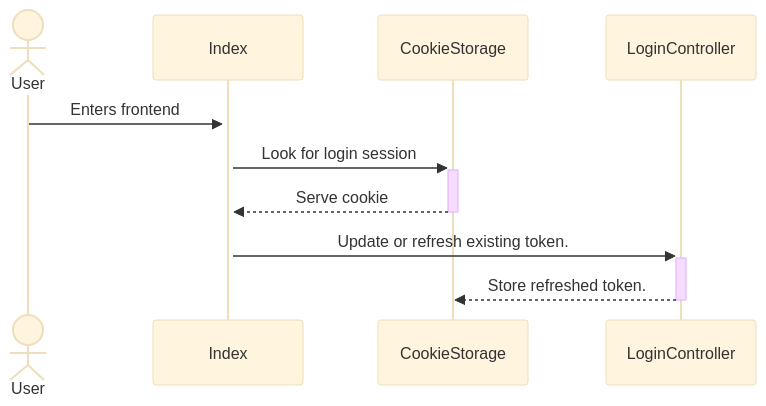
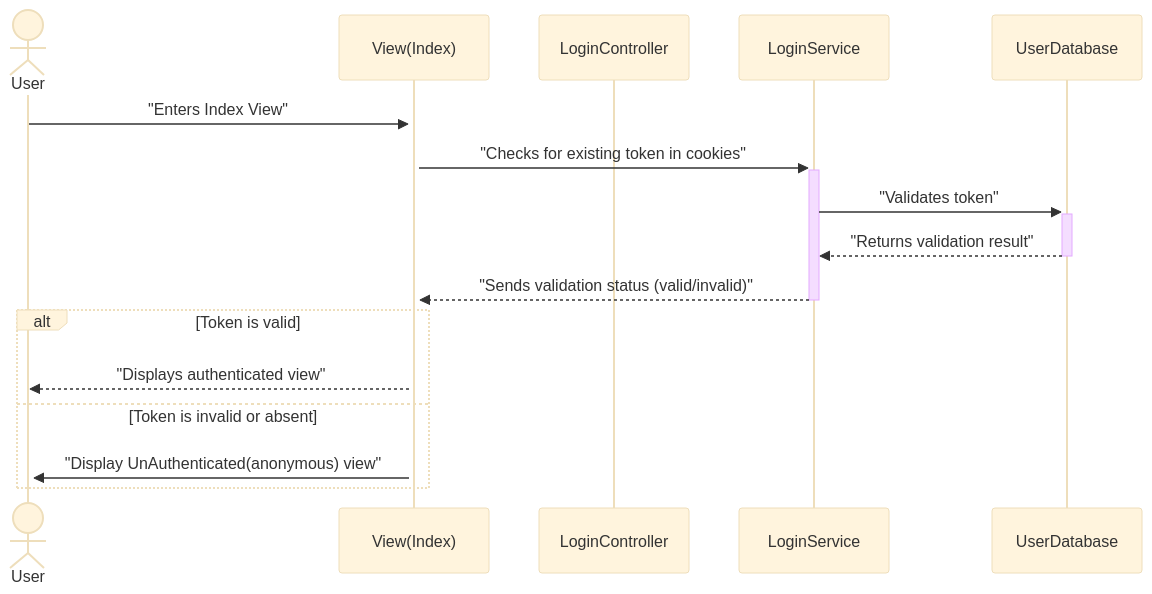
Before and after one commit to JohnB08/Event_Signup_MVC: the second of 8 diagrams in design_document.md, drawn with Mermaid (base theme). The commit also changed other lines of this file, not shown here.

Commit message:
Sekvensdiagrammer

````diff
--- a/design_document.md
+++ b/design_document.md
@@ -84,9 +84,19 @@
 ```mermaid
 sequenceDiagram
     actor User
-    User ->>+ Index: Enters frontend
-    Index ->>+ CookieStorage: Look for login session
-    CookieStorage -->>- Index: Serve cookie
-    Index ->>+ LoginController: Update or refresh existing token.
-    LoginController -->>- CookieStorage: Store refreshed token. 
+    participant View(Index)
+    participant LoginController
+    participant LoginService
+    participant UserDatabase
+
+    User ->>+ View(Index): "Enters Index View"
+    View(Index) ->>+ LoginService: "Checks for existing token in cookies"
+    LoginService ->>+ UserDatabase: "Validates token"
+    UserDatabase -->>- LoginService: "Returns validation result"
+    LoginService -->>- View(Index): "Sends validation status (valid/invalid)"
+    alt Token is valid
+        View(Index) -->> User: "Displays authenticated view"
+    else Token is invalid or absent
+        View(Index) ->>+ User: "Display UnAuthenticated(anonymous) view"
+    end
 ```
````
